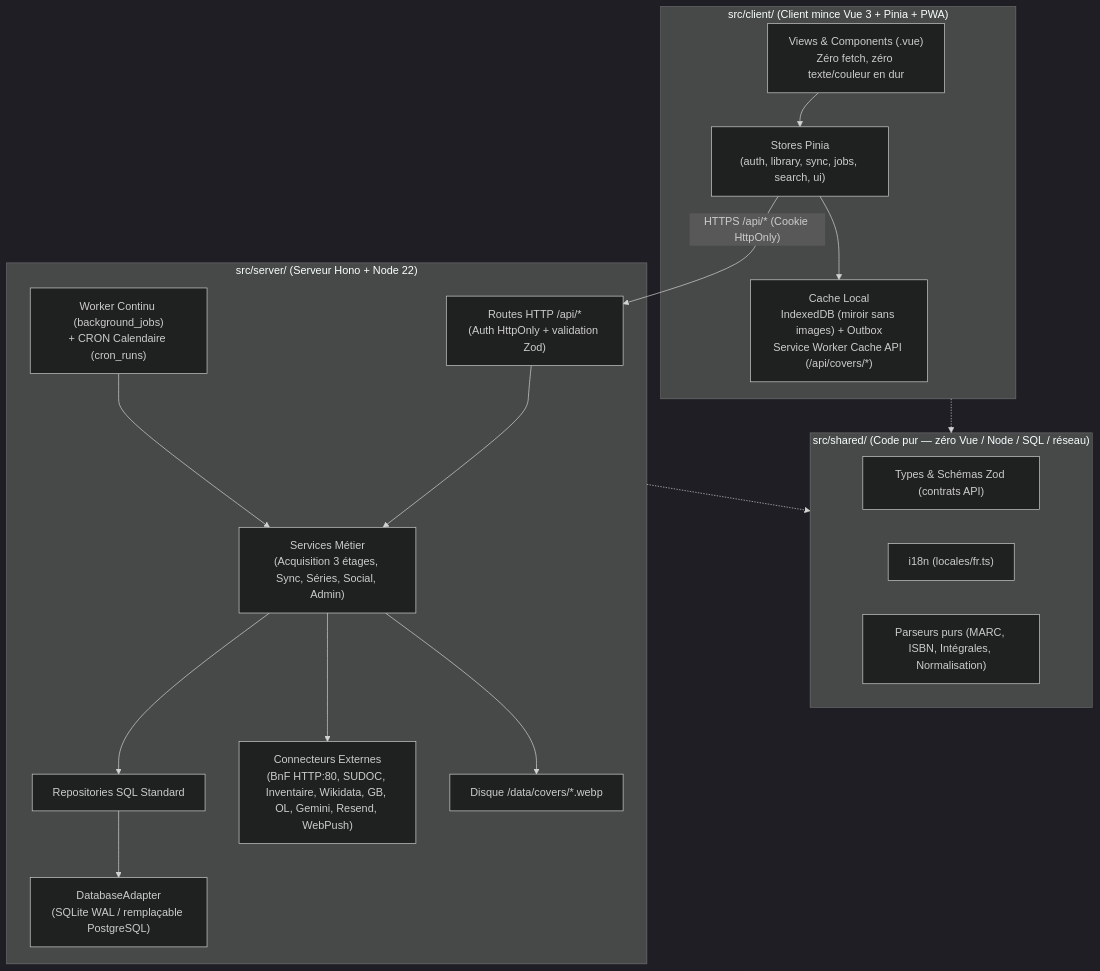
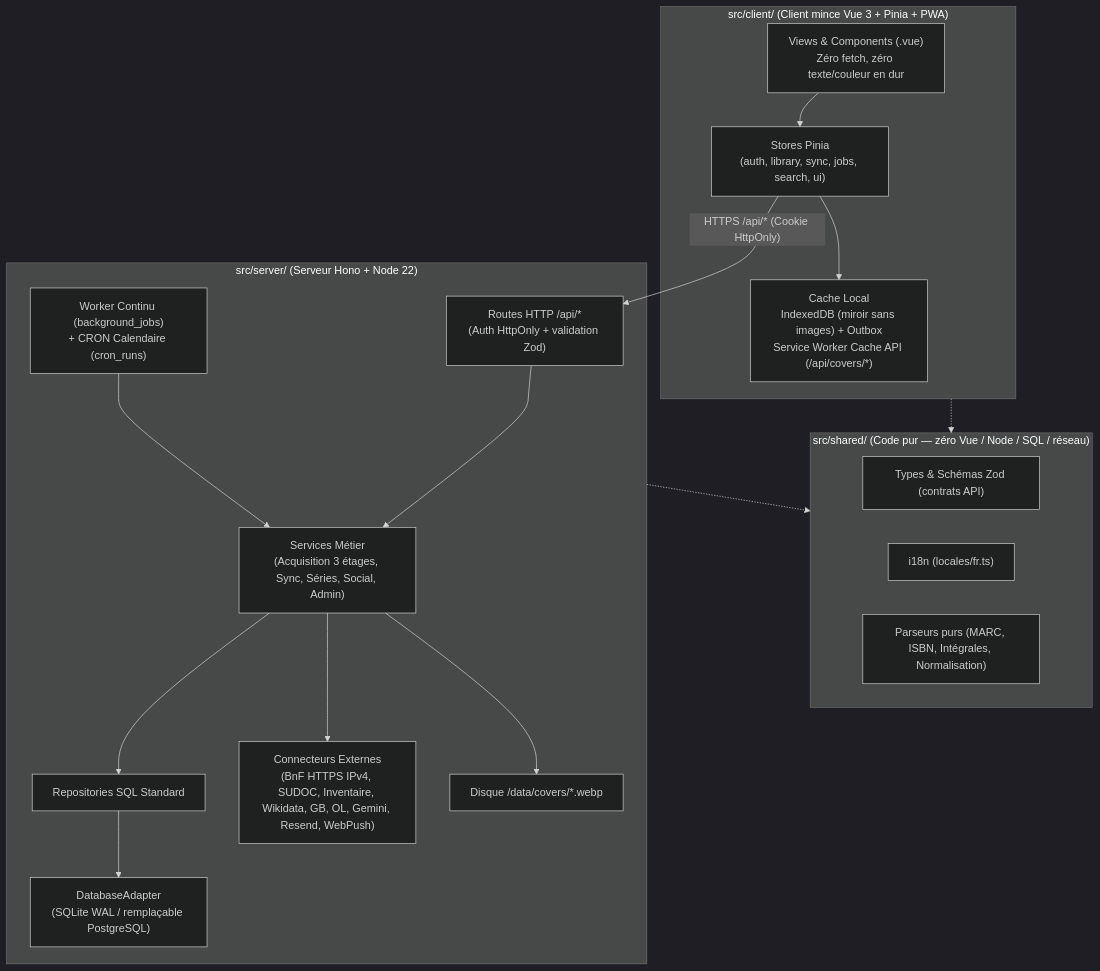
Before and after one commit to mathieuegard-maker/inventaire-surcouche: the first of 3 diagrams in documentation/v2/04_ARCHITECTURE_TECHNIQUE_V2.md, drawn with Mermaid (dark theme). The commit also changed other lines of this file and 11 other files, not shown here.

````diff
--- a/documentation/v2/04_ARCHITECTURE_TECHNIQUE_V2.md
+++ b/documentation/v2/04_ARCHITECTURE_TECHNIQUE_V2.md
@@ -15,37 +15,37 @@
 ```mermaid
 flowchart TB
   subgraph Client["src/client/ (Client mince Vue 3 + Pinia + PWA)"]
     Views["Views & Components (.vue)\nZéro fetch, zéro texte/couleur en dur"]
     Stores["Stores Pinia\n(auth, library, sync, jobs, search, ui)"]
     LocalCache["Cache Local\nIndexedDB (miroir sans images) + Outbox\nService Worker Cache API (/api/covers/*)"]
     Views --> Stores
     Stores --> LocalCache
   end
 
   subgraph Shared["src/shared/ (Code pur — zéro Vue / Node / SQL / réseau)"]
     Contracts["Types & Schémas Zod (contrats API)"]
     Locales["i18n (locales/fr.ts)"]
     BiblioPure["Parseurs purs (MARC, ISBN, Intégrales, Normalisation)"]
   end
 
   subgraph Server["src/server/ (Serveur Hono + Node 22)"]
     Routes["Routes HTTP /api/*\n(Auth HttpOnly + validation Zod)"]
     Services["Services Métier\n(Acquisition 3 étages, Sync, Séries, Social, Admin)"]
     Workers["Worker Continu (background_jobs)\n+ CRON Calendaire (cron_runs)"]
     Repos["Repositories SQL Standard"]
     Adapter["DatabaseAdapter\n(SQLite WAL / remplaçable PostgreSQL)"]
-    Connectors["Connecteurs Externes\n(BnF HTTP:80, SUDOC, Inventaire, Wikidata, GB, OL, Gemini, Resend, WebPush)"]
+    Connectors["Connecteurs Externes\n(BnF HTTPS IPv4, SUDOC, Inventaire, Wikidata, GB, OL, Gemini, Resend, WebPush)"]
     Disk["Disque /data/covers/*.webp"]
 
     Routes --> Services
     Workers --> Services
     Services --> Repos
     Services --> Connectors
     Services --> Disk
     Repos --> Adapter
   end
 
   Stores -- "HTTPS /api/* (Cookie HttpOnly)" --> Routes
   Client -.-> Shared
   Server -.-> Shared
 ```
````
